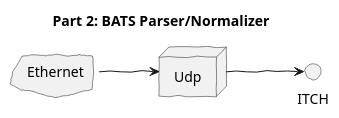
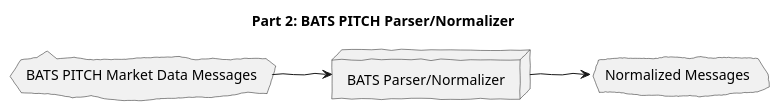
One commit to fpganow/OrderBook changed the diagram in diagrams/Part.2.plantuml. Above: the diagram before and after it, drawn with PlantUML. The commit also changed 7 other files, not shown here.

Commit message:
Moving diagrams to sub-dir

```diff
--- a/diagrams/Part.2.plantuml
+++ b/diagrams/Part.2.plantuml
@@ -1,24 +1,19 @@
 @startuml Part Two
 
-title Part 2: BATS Parser/Normalizer
+title Part 2: BATS PITCH Parser/Normalizer
 
 skinparam handwritten true
 left to right direction
 
 skinparam cloud {
     handwritten false
 }
 
-' BATS/NASDAQ
-' PITCH/ITCH
-' data is in the form of:
-'   one byte per cycle
-'   eight bytes per cycle
+cloud "BATS PITCH Market Data Messages" as Data
+node "BATS Parser/Normalizer" as Normalizer
+cloud "Normalized Messages" as Normalized
 
-cloud Ethernet
-node Udp
-
-Ethernet --> Udp
-Udp --> ITCH
+Data --> Normalizer
+Normalizer--> Normalized
 
 @enduml
```
